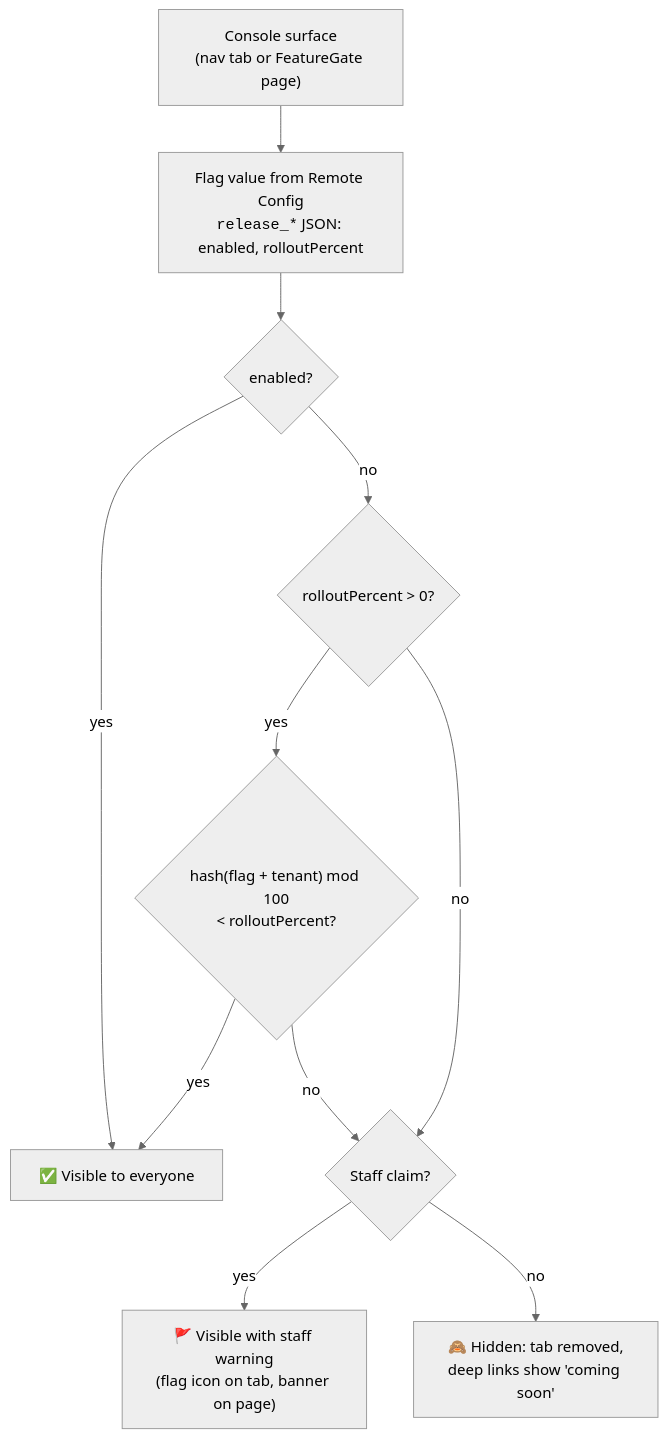
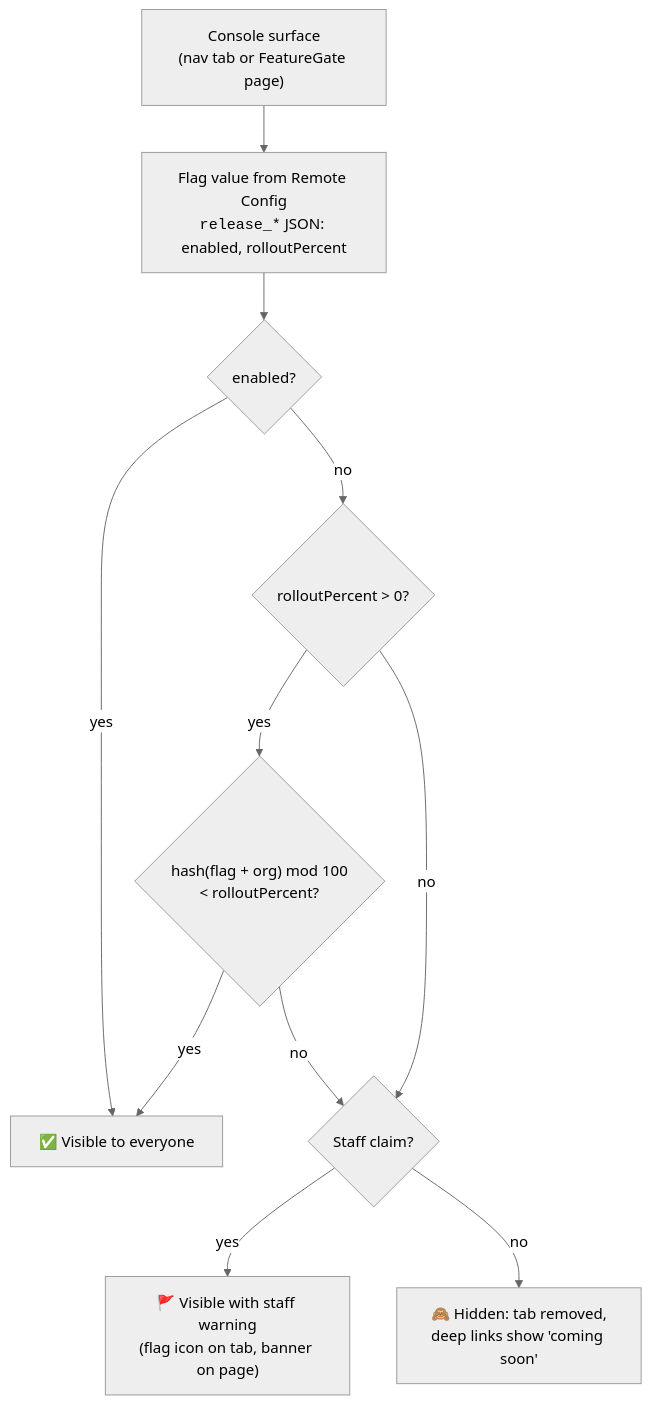
Before and after one commit to aglyn/core: the first of 2 diagrams in apps/docs/docs/staff-console/feature-flags.md, drawn with Mermaid (neutral theme). The commit also changed other lines of this file and 3 other files, not shown here.

First line of the commit message:
docs: architecture docs reflect the AGL-238 tenant retirement

````diff
--- a/apps/docs/docs/staff-console/feature-flags.md
+++ b/apps/docs/docs/staff-console/feature-flags.md
@@ -24,13 +24,13 @@
 ```mermaid
 flowchart TD
   A["Console surface<br/>(nav tab or FeatureGate page)"] --> B["Flag value from Remote Config<br/><code>release_*</code> JSON: enabled, rolloutPercent"]
   B --> C{enabled?}
   C -- "yes" --> ON["✅ Visible to everyone"]
   C -- "no" --> D{"rolloutPercent #gt; 0?"}
-  D -- "yes" --> E{"hash(flag + tenant) mod 100<br/>#lt; rolloutPercent?"}
+  D -- "yes" --> E{"hash(flag + org) mod 100<br/>#lt; rolloutPercent?"}
   E -- "yes" --> ON
   D -- "no" --> F{Staff claim?}
   E -- "no" --> F
   F -- "yes" --> PREVIEW["🚩 Visible with staff warning<br/>(flag icon on tab, banner on page)"]
   F -- "no" --> OFF["🙈 Hidden: tab removed,<br/>deep links show 'coming soon'"]
 ```
````
